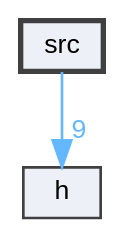
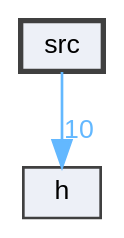
Before and after one commit to ekmett/ein: the diagram in dir_68267d1309a1af8e8297ef4c3efbcdba_dep.dot, drawn with Graphviz. The commit also changed 224 other files, not shown here.

```diff
--- a/dir_68267d1309a1af8e8297ef4c3efbcdba_dep.dot
+++ b/dir_68267d1309a1af8e8297ef4c3efbcdba_dep.dot
@@ -1,12 +1,12 @@
 digraph "src"
 {
  // INTERACTIVE_SVG=YES
  // LATEX_PDF_SIZE
   bgcolor="transparent";
   edge [fontname=Helvetica,fontsize=10,labelfontname=Helvetica,labelfontsize=10];
   node [fontname=Helvetica,fontsize=10,shape=box,height=0.2,width=0.4];
   compound=true
   dir_68267d1309a1af8e8297ef4c3efbcdba [label="src", fillcolor="#edf0f7", color="grey25", style="filled,bold", URL="dir_68267d1309a1af8e8297ef4c3efbcdba.html",tooltip="C++ source files."];
   dir_16883824a3a04b1a87f846f11415f5e2 [label="h", fillcolor="#edf0f7", color="grey25", style="filled", URL="dir_16883824a3a04b1a87f846f11415f5e2.html",tooltip="C++ headers."];
-  dir_68267d1309a1af8e8297ef4c3efbcdba->dir_16883824a3a04b1a87f846f11415f5e2 [headlabel="9", labeldistance=1.5 headhref="dir_000002_000000.html" href="dir_000002_000000.html" color="steelblue1" fontcolor="steelblue1"];
+  dir_68267d1309a1af8e8297ef4c3efbcdba->dir_16883824a3a04b1a87f846f11415f5e2 [headlabel="10", labeldistance=1.5 headhref="dir_000002_000000.html" href="dir_000002_000000.html" color="steelblue1" fontcolor="steelblue1"];
 }
```
